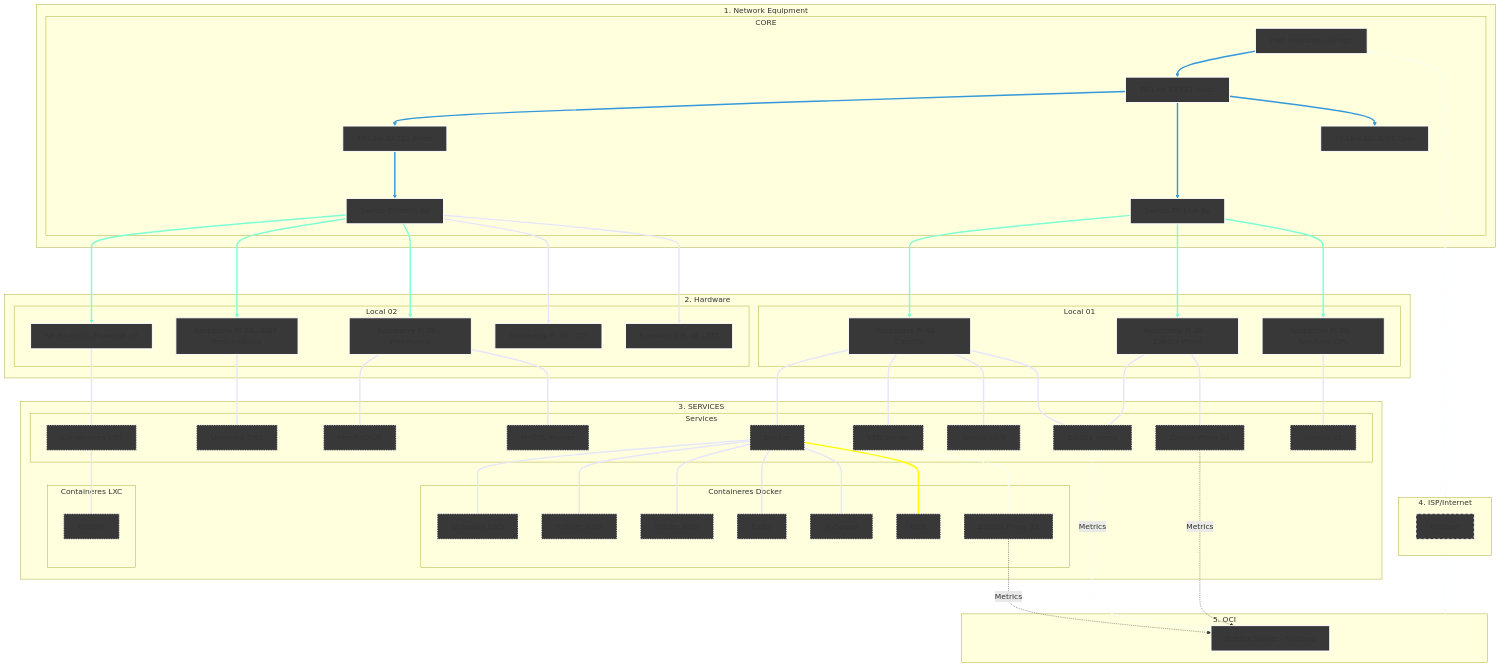
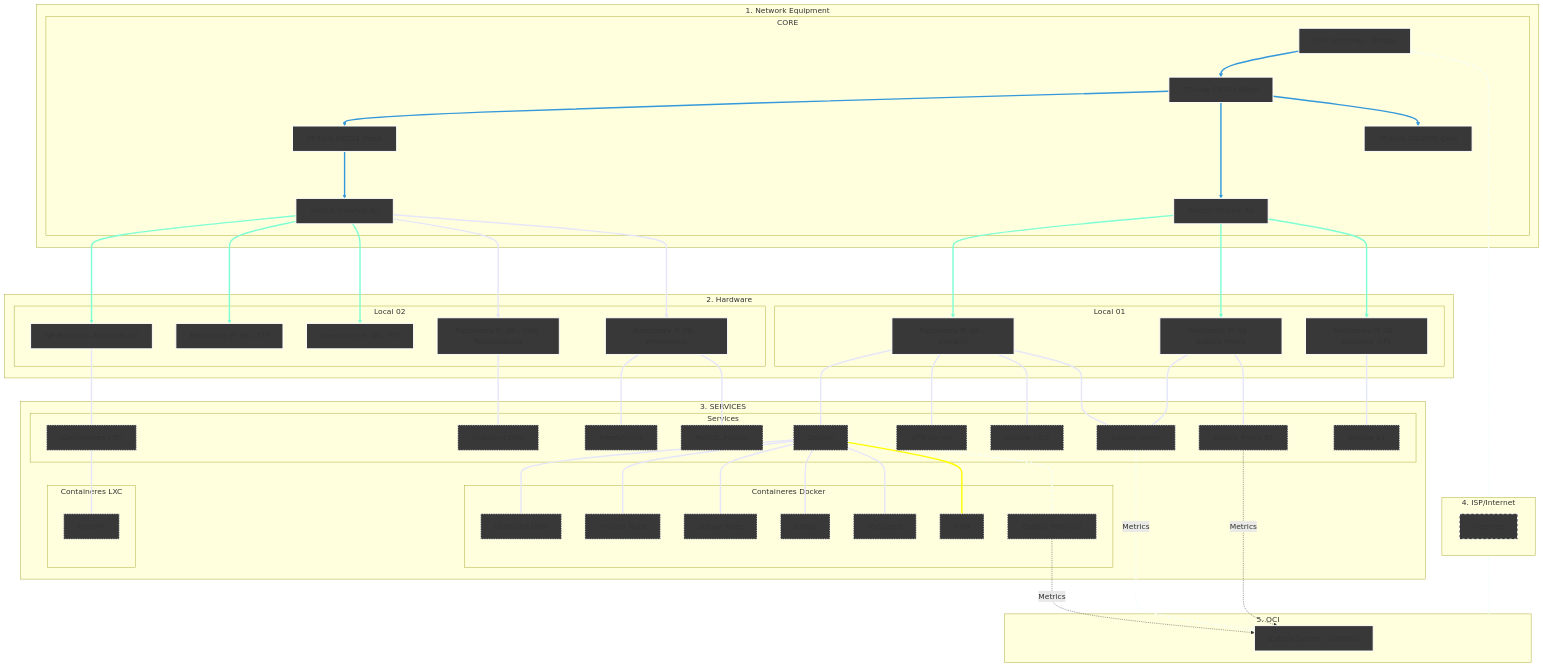
One commit to kevindexter22/Dr-Hardware-Autonet changed the diagram in Infrastructure/README.md. Above: the diagram before and after it, drawn with Mermaid. The commit also changed other lines of this file, not shown here.

Commit message:
Reorder Raspberry Pi entries in README

```diff
--- a/Infrastructure/README.md
+++ b/Infrastructure/README.md
@@ -39,10 +39,10 @@
     end
     subgraph S3 [Local 02]
         SW2 ---> HP[HP Pavilion - Proxmox VE]:::hardware
+        SW2 ---> RPi3B_5[Raspberry Pi 3B - ???]:::hardware
+        SW2 ---> RPi3B_6[Raspberry Pi 3B - ???]:::hardware
         SW2 ---> RPi3B_4[Raspberry Pi 3B - DNS Redundância]:::hardware
         SW2 ---> RPi3B_3[Raspberry Pi 3B - FreeRadius]:::hardware
-        SW2 ---> RPi3B_5[Raspberry Pi 3B - ???]:::hardware
-        SW2 ---> RPi3B_6[Raspberry Pi 3B - ???]:::hardware
     end
     end
 
```
